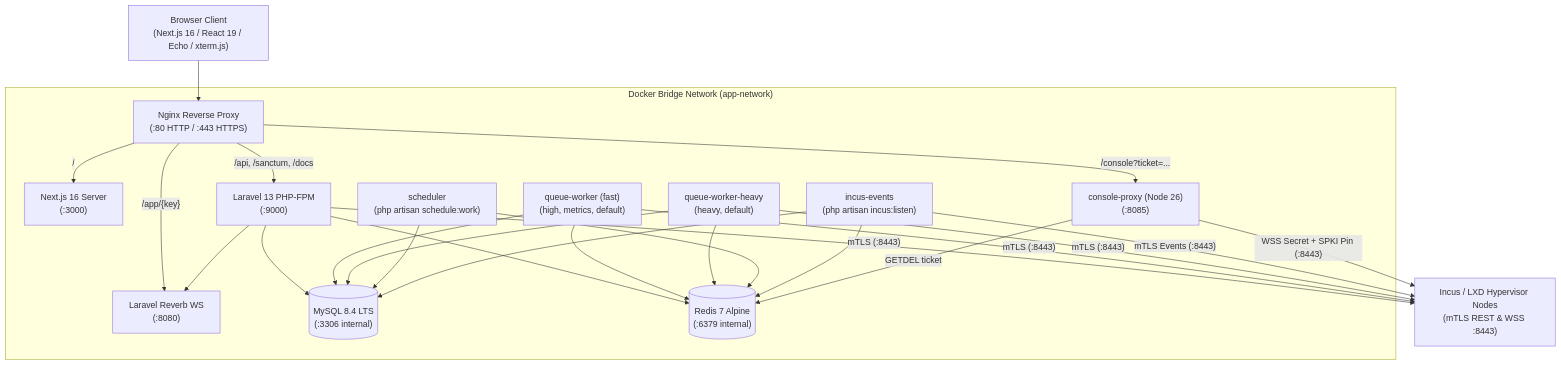
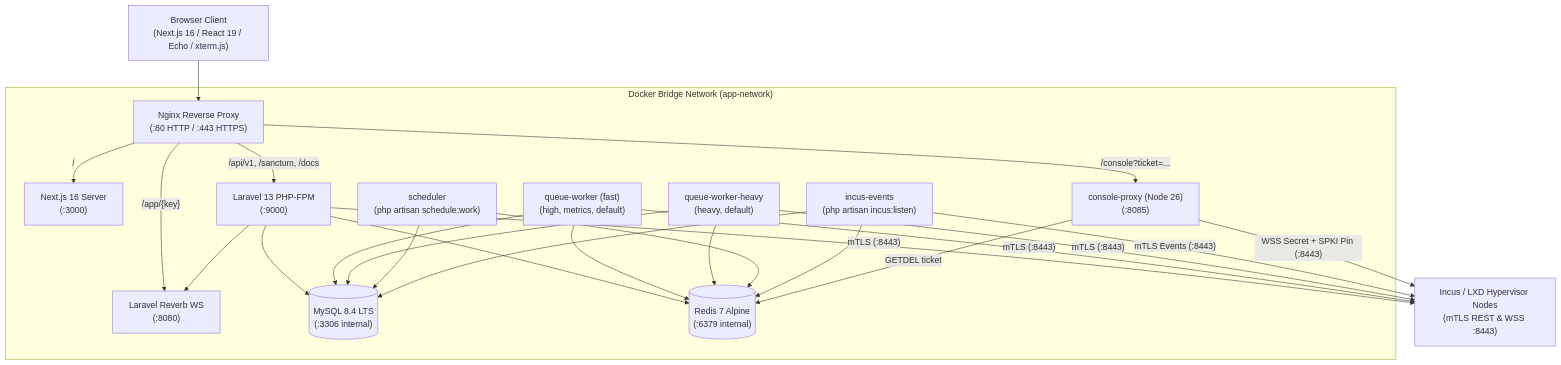
The first of 2 diagrams in docs/architecture/overview.md (schmasterz/ognivo), drawn with Mermaid before and after one commit. The commit also changed other lines of this file and 15 other files, not shown here.

````diff
--- a/docs/architecture/overview.md
+++ b/docs/architecture/overview.md
@@ -15,45 +15,45 @@
 ```mermaid
 flowchart TB
     Browser["Browser Client<br/>(Next.js 16 / React 19 / Echo / xterm.js)"]
 
     subgraph Docker["Docker Bridge Network (app-network)"]
         Nginx["Nginx Reverse Proxy<br/>(:80 HTTP / :443 HTTPS)"]
         Frontend["Next.js 16 Server<br/>(:3000)"]
         Backend["Laravel 13 PHP-FPM<br/>(:9000)"]
         Reverb["Laravel Reverb WS<br/>(:8080)"]
         ConsoleProxy["console-proxy (Node 26)<br/>(:8085)"]
         Queue["queue-worker (fast)<br/>(high, metrics, default)"]
         QueueHeavy["queue-worker-heavy<br/>(heavy, default)"]
         Scheduler["scheduler<br/>(php artisan schedule:work)"]
         IncusEvents["incus-events<br/>(php artisan incus:listen)"]
         MySQL[("MySQL 8.4 LTS<br/>(:3306 internal)")]
         Redis[("Redis 7 Alpine<br/>(:6379 internal)")]
     end
 
     Incus["Incus / LXD Hypervisor Nodes<br/>(mTLS REST & WSS :8443)"]
 
     Browser --> Nginx
     Nginx -->|"/"| Frontend
-    Nginx -->|"/api, /sanctum, /docs"| Backend
+    Nginx -->|"/api/v1, /sanctum, /docs"| Backend
     Nginx -->|"/app/{key}"| Reverb
     Nginx -->|"/console?ticket=..."| ConsoleProxy
 
     Backend --> MySQL
     Backend --> Redis
     Backend --> Reverb
     Queue --> MySQL
     Queue --> Redis
     QueueHeavy --> MySQL
     QueueHeavy --> Redis
     Scheduler --> MySQL
     Scheduler --> Redis
     IncusEvents --> MySQL
     IncusEvents --> Redis
 
     ConsoleProxy -->|"GETDEL ticket"| Redis
     Backend -->|"mTLS (:8443)"| Incus
     Queue -->|"mTLS (:8443)"| Incus
     QueueHeavy -->|"mTLS (:8443)"| Incus
     IncusEvents -->|"mTLS Events (:8443)"| Incus
     ConsoleProxy -->|"WSS Secret + SPKI Pin (:8443)"| Incus
 ```
````
